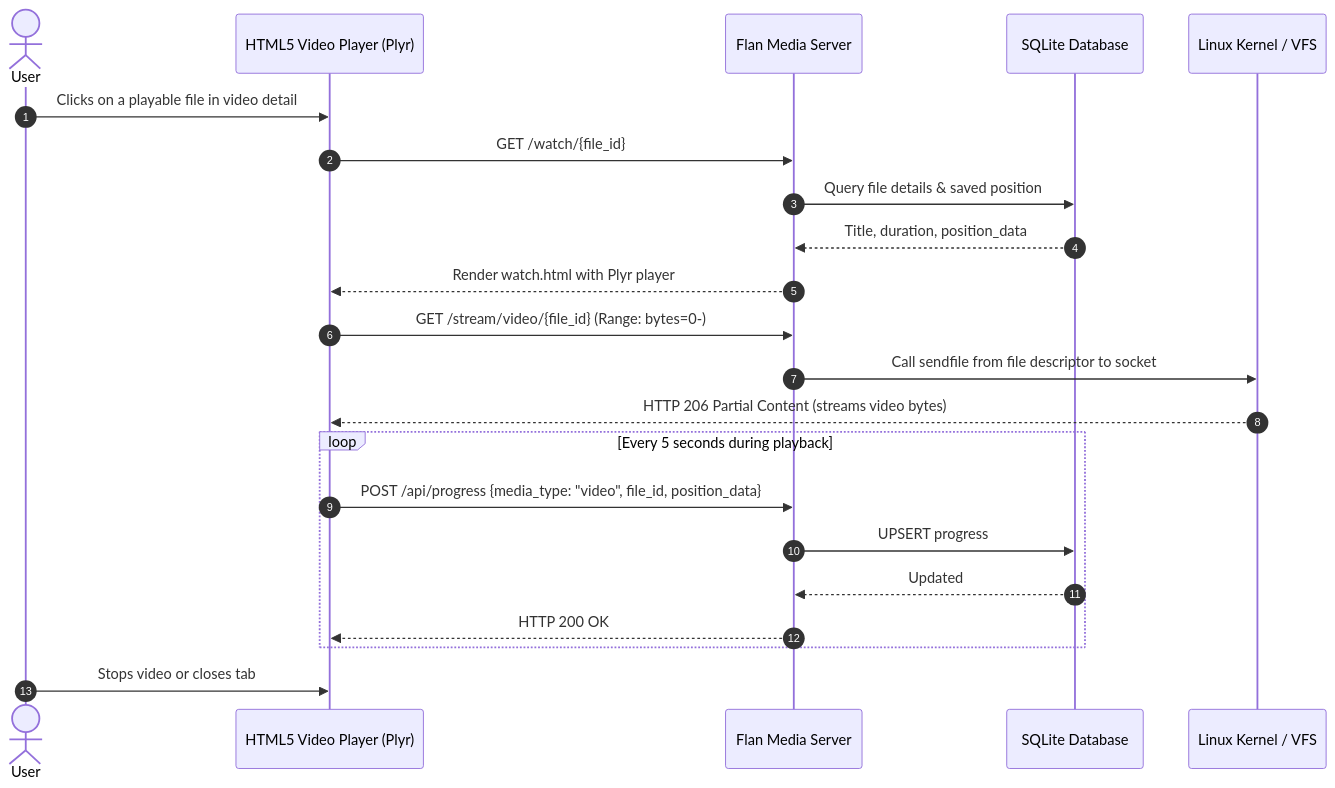
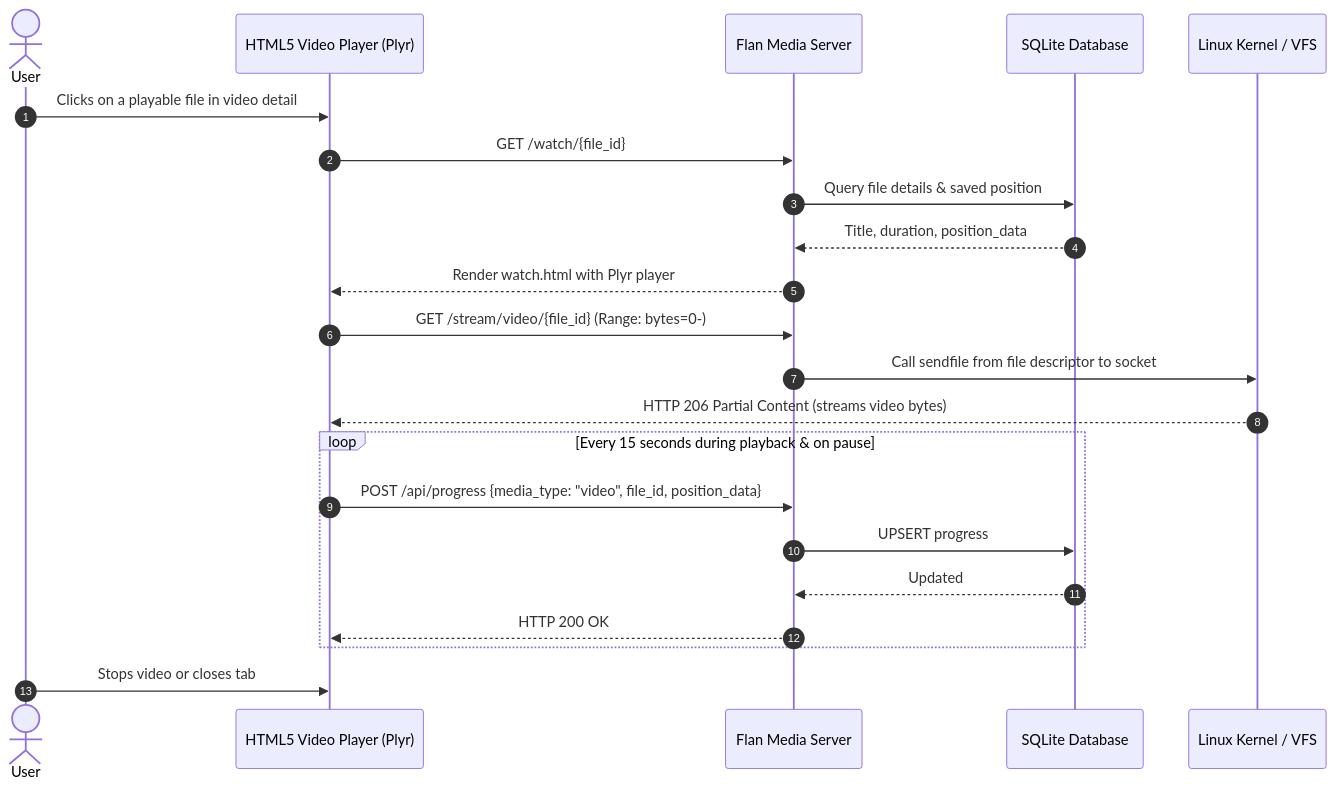
One commit to WesleyEsq/Flan-Media-Server changed the third of 5 diagrams in docs/diagrams/user-flows.md. Above: the diagram before and after it, drawn with Mermaid. The commit also changed other lines of this file and 26 other files, not shown here.

````diff
--- a/docs/diagrams/user-flows.md
+++ b/docs/diagrams/user-flows.md
@@ -71,25 +75,25 @@
 ```mermaid
 sequenceDiagram
     autonumber
     actor User
     participant Browser as HTML5 Video Player (Plyr)
     participant Server as Flan Media Server
     participant DB as SQLite Database
     participant Kernel as Linux Kernel / VFS
 
     User->>Browser: Clicks on a playable file in video detail
     Browser->>Server: GET /watch/{file_id}
     Server->>DB: Query file details & saved position
     DB-->>Server: Title, duration, position_data
     Server-->>Browser: Render watch.html with Plyr player
     Browser->>Server: GET /stream/video/{file_id} (Range: bytes=0-)
     Server->>Kernel: Call sendfile from file descriptor to socket
     Kernel-->>Browser: HTTP 206 Partial Content (streams video bytes)
-    loop Every 5 seconds during playback
+    loop Every 15 seconds during playback & on pause
         Browser->>Server: POST /api/progress {media_type: "video", file_id, position_data}
         Server->>DB: UPSERT progress
         DB-->>Server: Updated
         Server-->>Browser: HTTP 200 OK
     end
     User->>Browser: Stops video or closes tab
 ```
````
